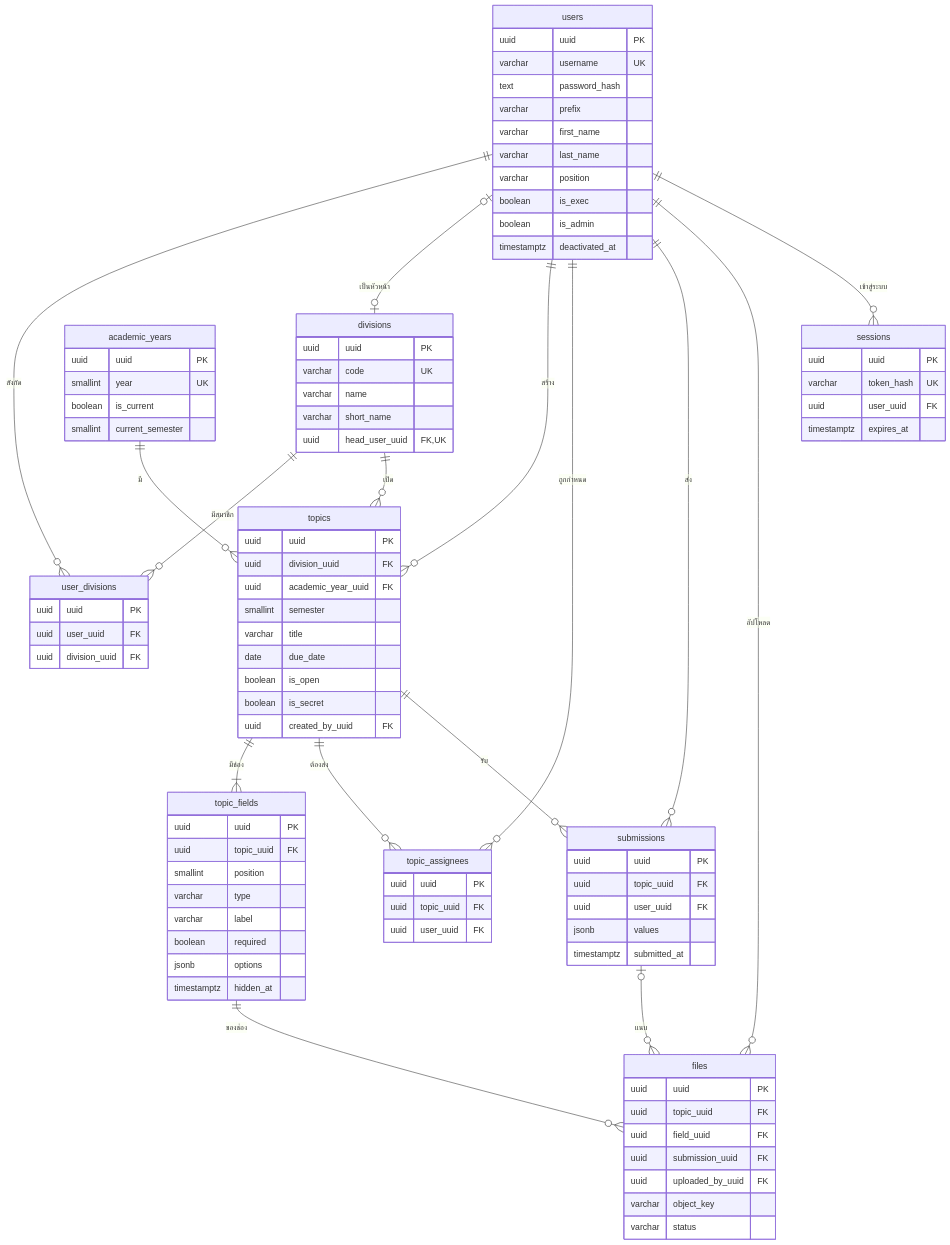
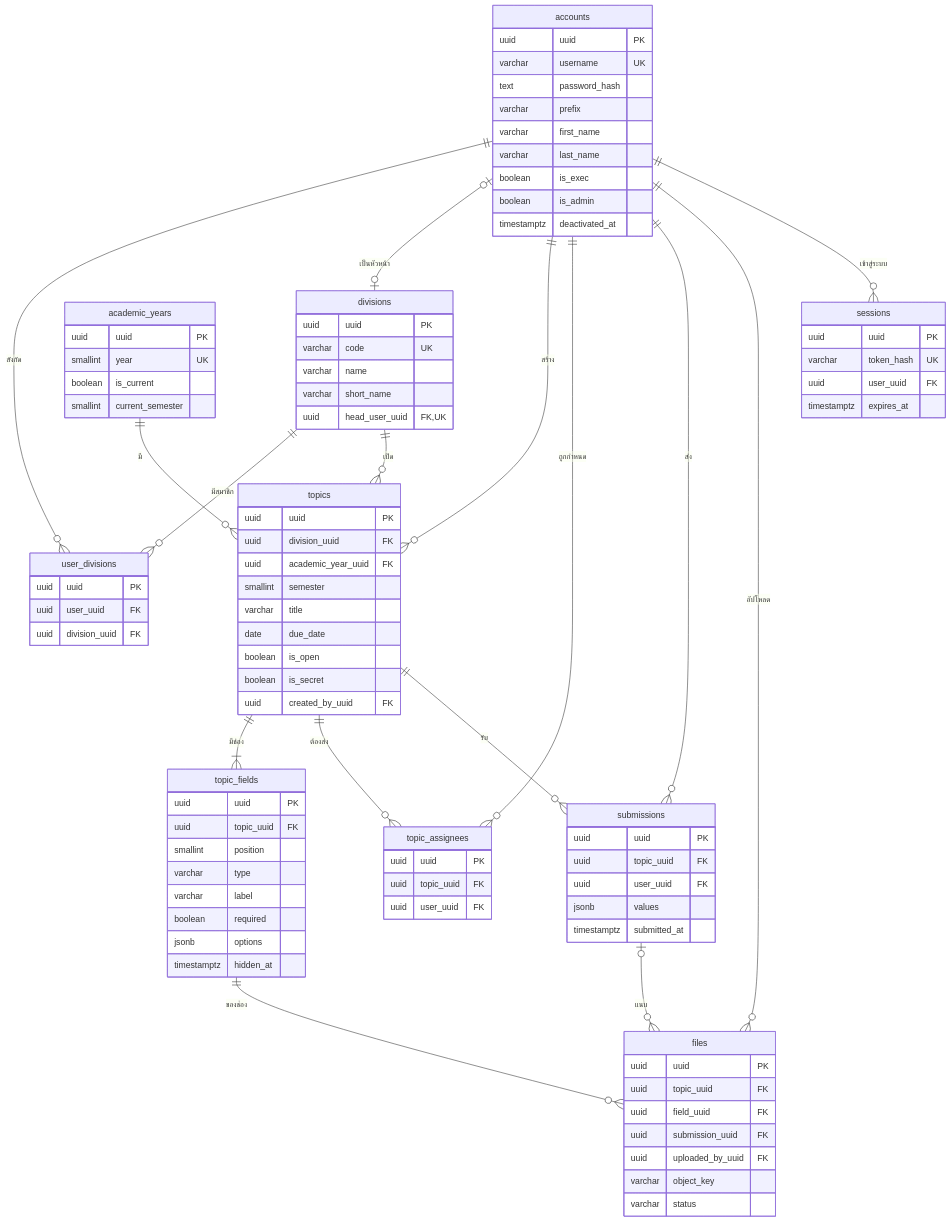
The diagram in sdms-database.md (FhLk/SDMS-Backend), drawn with Mermaid before and after one commit. The commit also changed other lines of this file and 44 other files, not shown here.

````diff
--- a/sdms-database.md
+++ b/sdms-database.md
@@ -31,28 +31,27 @@
 ```mermaid
 erDiagram
-  users ||--o{ user_divisions : "สังกัด"
+  accounts ||--o{ user_divisions : "สังกัด"
   divisions ||--o{ user_divisions : "มีสมาชิก"
-  users |o--o| divisions : "เป็นหัวหน้า"
+  accounts |o--o| divisions : "เป็นหัวหน้า"
   academic_years ||--o{ topics : "มี"
   divisions ||--o{ topics : "เปิด"
-  users ||--o{ topics : "สร้าง"
+  accounts ||--o{ topics : "สร้าง"
   topics ||--|{ topic_fields : "มีช่อง"
   topics ||--o{ topic_assignees : "ต้องส่ง"
-  users ||--o{ topic_assignees : "ถูกกำหนด"
+  accounts ||--o{ topic_assignees : "ถูกกำหนด"
   topics ||--o{ submissions : "รับ"
-  users ||--o{ submissions : "ส่ง"
+  accounts ||--o{ submissions : "ส่ง"
   submissions |o--o{ files : "แนบ"
   topic_fields ||--o{ files : "ของช่อง"
-  users ||--o{ files : "อัปโหลด"
-  users ||--o{ sessions : "เข้าสู่ระบบ"
-  users {
+  accounts ||--o{ files : "อัปโหลด"
+  accounts ||--o{ sessions : "เข้าสู่ระบบ"
+  accounts {
     uuid uuid PK
     varchar username UK
     text password_hash
     varchar prefix
     varchar first_name
     varchar last_name
-    varchar position
     boolean is_exec
     boolean is_admin
     timestamptz deactivated_at
````
